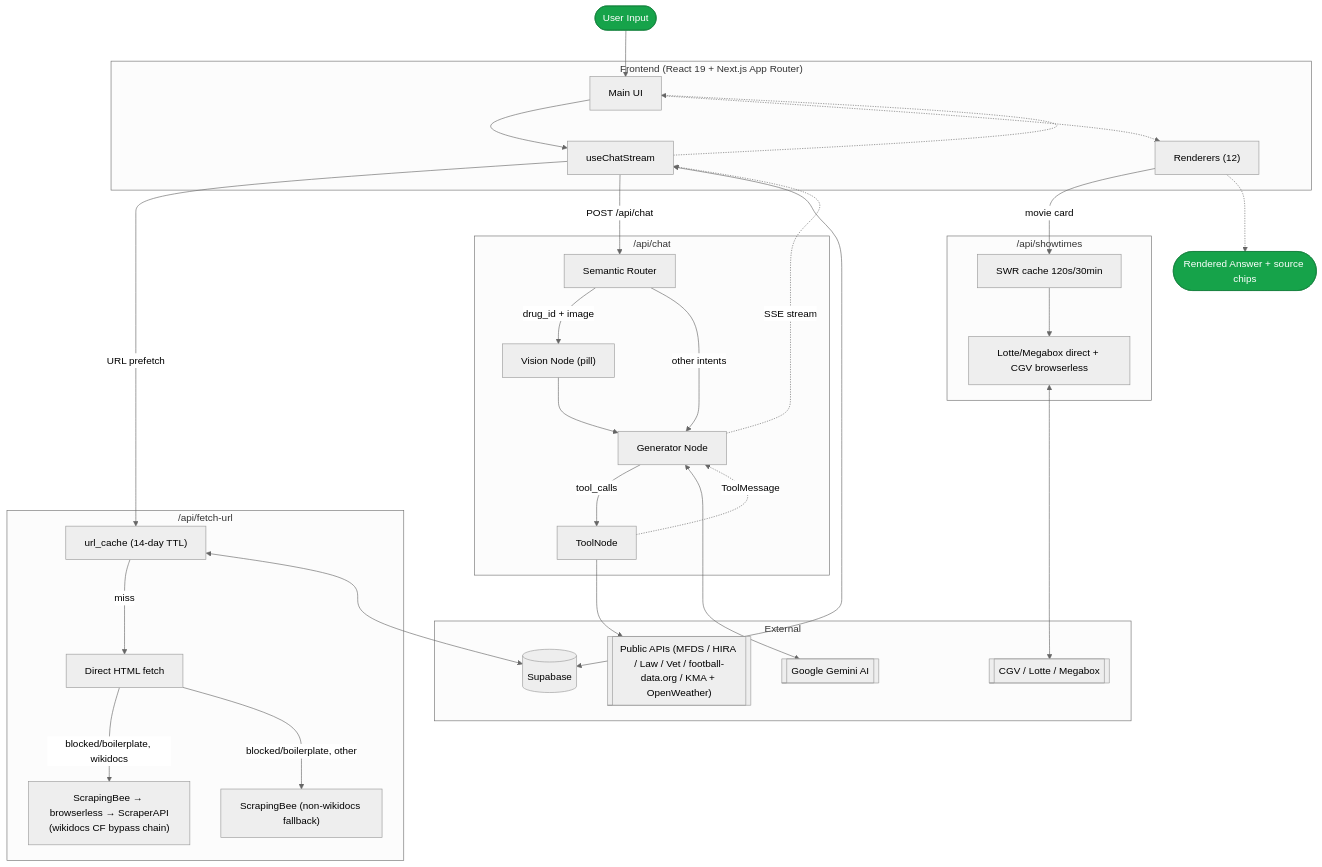
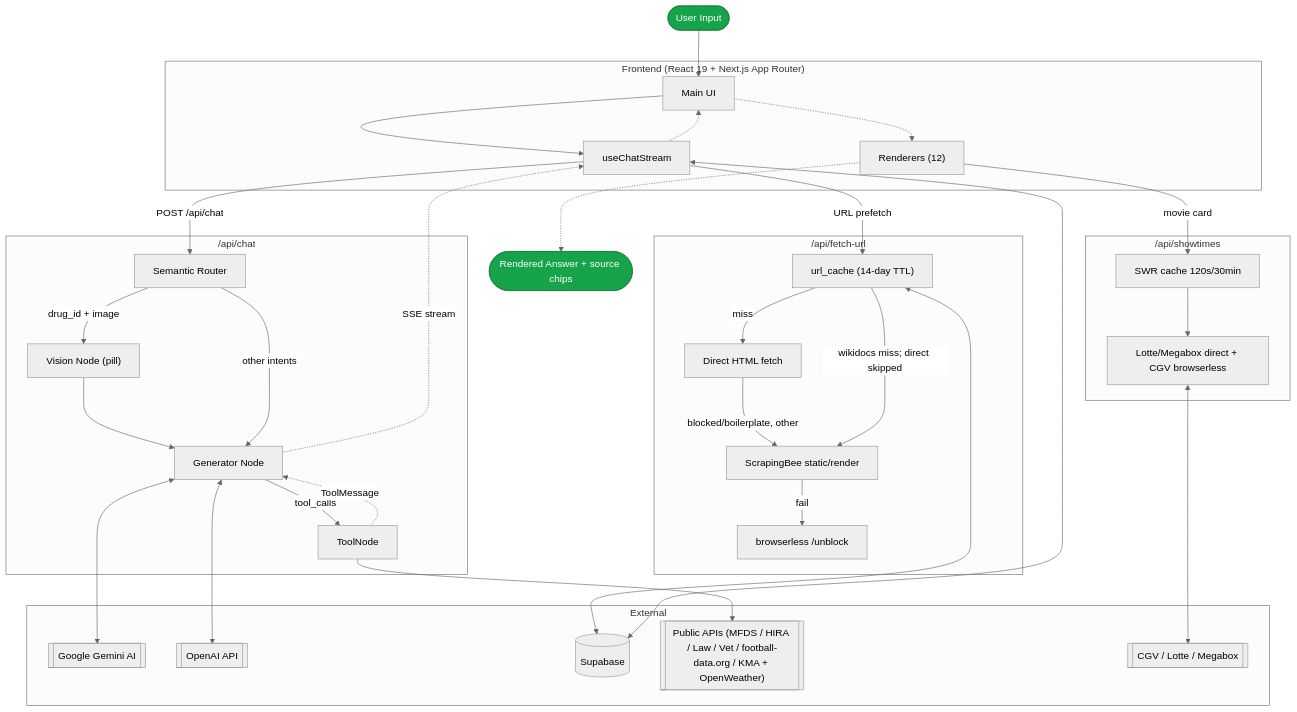
Before and after one commit to jpjp92/chat-agent: the first of 2 diagrams in README.md, drawn with Mermaid (neutral theme). The commit also changed other lines of this file and 43 other files, not shown here.

````diff
--- a/README.md
+++ b/README.md
@@ -70,56 +70,59 @@
 ```mermaid
 flowchart TB
     In([User Input])
 
     subgraph Frontend ["Frontend (React 19 + Next.js App Router)"]
         UI[Main UI]
         Stream[useChatStream]
         Renderers["Renderers (12)"]
     end
 
     subgraph FetchAPI ["/api/fetch-url"]
         URLCache["url_cache (14-day TTL)"]
         Direct["Direct HTML fetch"]
-        ScrapingBee["ScrapingBee (non-wikidocs fallback)"]
-        CFChain["ScrapingBee → browserless → ScraperAPI\n(wikidocs CF bypass chain)"]
+        ScrapingBee["ScrapingBee static/render"]
+        Browserless["browserless /unblock"]
     end
 
     subgraph ChatAPI ["/api/chat"]
         Router["Semantic Router"]
         Vision["Vision Node (pill)"]
         Generator["Generator Node"]
         ToolNode["ToolNode"]
     end
 
     subgraph ShowtimesAPI ["/api/showtimes"]
         SWR["SWR cache 120s/30min"]
         ChainFetch["Lotte/Megabox direct + CGV browserless"]
     end
 
     subgraph External ["External"]
         Gemini[["Google Gemini AI"]]
+        OpenAI[["OpenAI API"]]
         Supabase[("Supabase")]
         APIs[["Public APIs (MFDS / HIRA / Law / Vet / football-data.org / KMA + OpenWeather)"]]
         Multiplex[["CGV / Lotte / Megabox"]]
     end
 
     Out([Rendered Answer + source chips])
 
     In --> UI --> Stream
     Stream -->|URL prefetch| URLCache -->|miss| Direct
-    Direct -->|blocked/boilerplate, wikidocs| CFChain
     Direct -->|blocked/boilerplate, other| ScrapingBee
+    URLCache -->|wikidocs miss; direct skipped| ScrapingBee
+    ScrapingBee -->|fail| Browserless
     URLCache <--> Supabase
     Stream -->|POST /api/chat| Router
     Router -->|drug_id + image| Vision --> Generator
     Router -->|other intents| Generator
     Generator -->|tool_calls| ToolNode --> APIs
     Renderers -->|movie card| SWR --> ChainFetch <--> Multiplex
     Generator <--> Gemini
+    Generator <--> OpenAI
     ToolNode -.->|ToolMessage| Generator
     Generator -.->|SSE stream| Stream -.-> UI -.-> Renderers -.-> Out
     Stream <--> Supabase
 
     classDef io fill:#16a34a,stroke:#15803d,color:#fff;
     class In,Out io;
 ```
````
